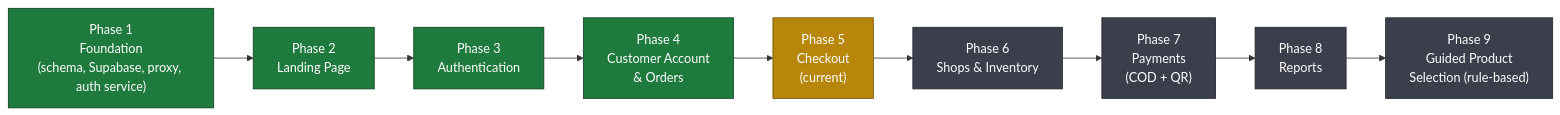
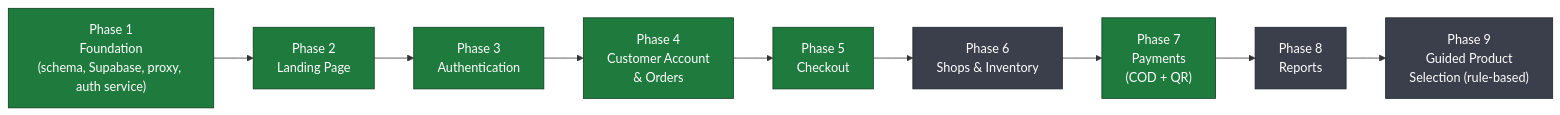
The first of 3 diagrams in README.md (Manuel00216/RobertJ-OnlineShop), drawn with Mermaid before and after one commit. The commit also changed other lines of this file and 44 other files, not shown here.

````diff
--- a/README.md
+++ b/README.md
@@ -201,21 +201,19 @@
 ```mermaid
 flowchart LR
     P1["Phase 1<br/>Foundation<br/>(schema, Supabase, proxy, auth service)"]
     P2["Phase 2<br/>Landing Page"]
     P3["Phase 3<br/>Authentication"]
     P4["Phase 4<br/>Customer Account<br/>& Orders"]
-    P5["Phase 5<br/>Checkout<br/>(current)"]
+    P5["Phase 5<br/>Checkout"]
     P6["Phase 6<br/>Shops & Inventory"]
     P7["Phase 7<br/>Payments<br/>(COD + QR)"]
     P8["Phase 8<br/>Reports"]
     P9["Phase 9<br/>Guided Product<br/>Selection (rule-based)"]
 
     P1 --> P2 --> P3 --> P4 --> P5 --> P6 --> P7 --> P8 --> P9
 
     classDef done fill:#1f7a3d,stroke:#0d3d1f,color:#fff;
-    classDef active fill:#b8860b,stroke:#6b4e06,color:#fff;
     classDef todo fill:#3a3f4b,stroke:#20242c,color:#fff;
-    class P1,P2,P3,P4 done;
-    class P5 active;
-    class P6,P7,P8,P9 todo;
+    class P1,P2,P3,P4,P5,P7 done;
+    class P6,P8,P9 todo;
 ```
````
